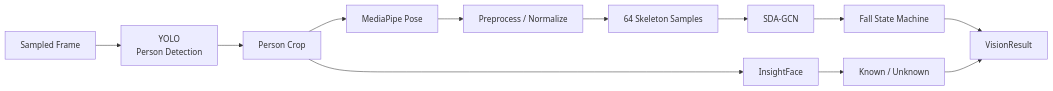
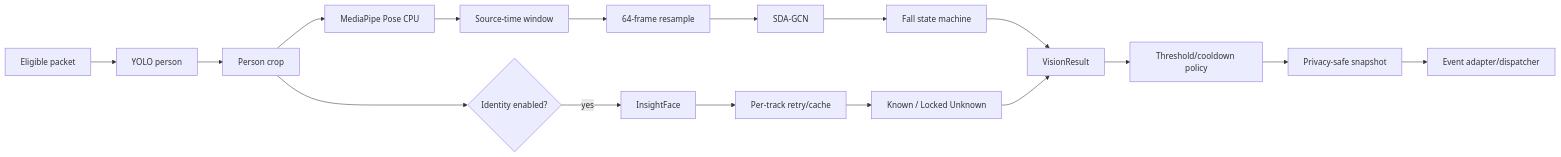
Before and after one commit to daoquocdai/P227: the third of 7 diagrams in docs/architecture_diagram.md, drawn with Mermaid. The commit also changed other lines of this file and 23 other files, not shown here.

Commit message:
refactor: simplify vision flow and strengthen regression tests

````diff
--- a/docs/architecture_diagram.md
+++ b/docs/architecture_diagram.md
@@ -68,26 +47,19 @@
 ```mermaid
 flowchart LR
-    FRAME[Sampled Frame]
-    YOLO[YOLO\nPerson Detection]
-    CROP[Person Crop]
-    POSE[MediaPipe Pose]
-    PRE[Preprocess / Normalize]
-    WINDOW[64 Skeleton Samples]
-    GCN[SDA-GCN]
-    FACE[InsightFace]
-    FALL[Fall State Machine]
-    ID[Known / Unknown]
-    RESULT[VisionResult]
-
-    FRAME --> YOLO
-    YOLO --> CROP
-    CROP --> POSE
-    POSE --> PRE
-    PRE --> WINDOW
-    WINDOW --> GCN
-    CROP --> FACE
-    GCN --> FALL
-    FACE --> ID
-    FALL --> RESULT
-    ID --> RESULT
+    FRAME[Eligible packet] --> YOLO[YOLO person]
+    YOLO --> CROP[Person crop]
+    CROP --> POSE[MediaPipe Pose CPU]
+    POSE --> WINDOW[Source-time window]
+    WINDOW --> RESAMPLE[64-frame resample]
+    RESAMPLE --> GCN[SDA-GCN]
+    GCN --> FALL[Fall state machine]
+    CROP --> IDGATE{Identity enabled?}
+    IDGATE -->|yes| FACE[InsightFace]
+    FACE --> RETRY[Per-track retry/cache]
+    RETRY --> KNOWN[Known / Locked Unknown]
+    FALL --> RESULT[VisionResult]
+    KNOWN --> RESULT
+    RESULT --> PRODUCT[Threshold/cooldown policy]
+    PRODUCT --> PRIVACY[Privacy-safe snapshot]
+    PRIVACY --> EVENT[Event adapter/dispatcher]
 ```
````
